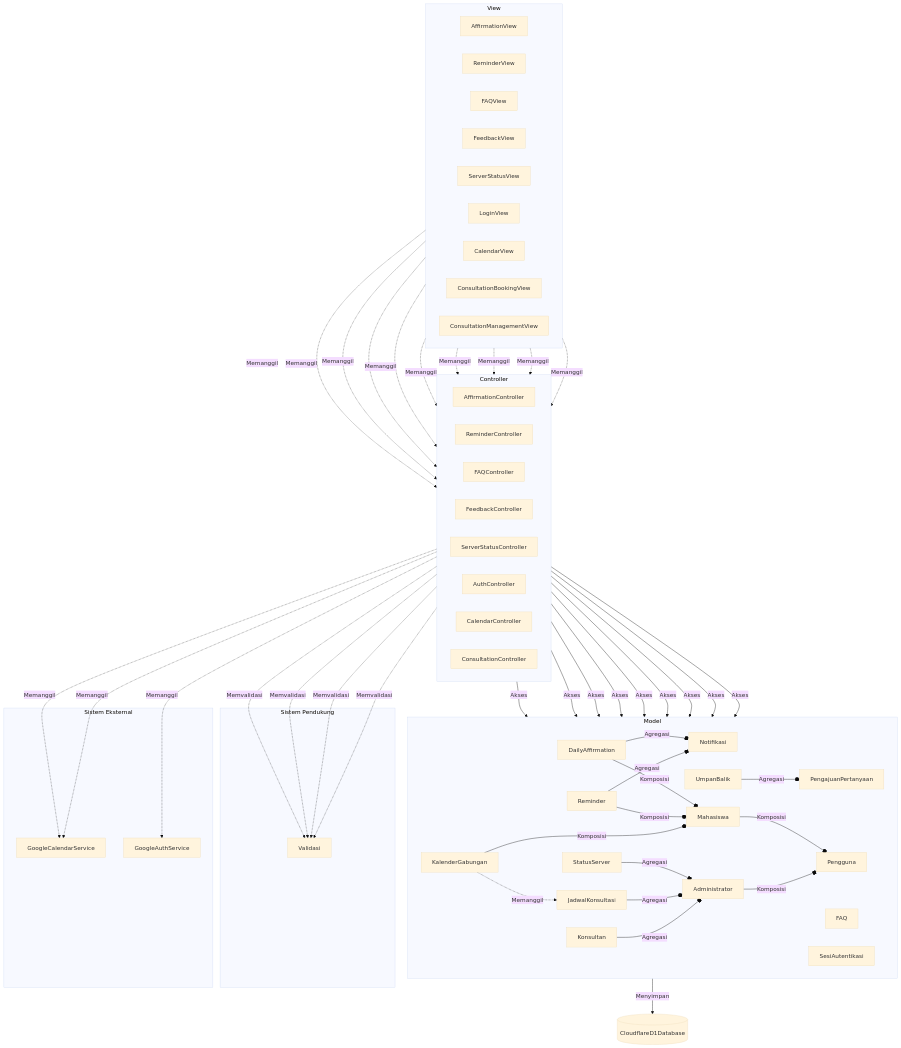
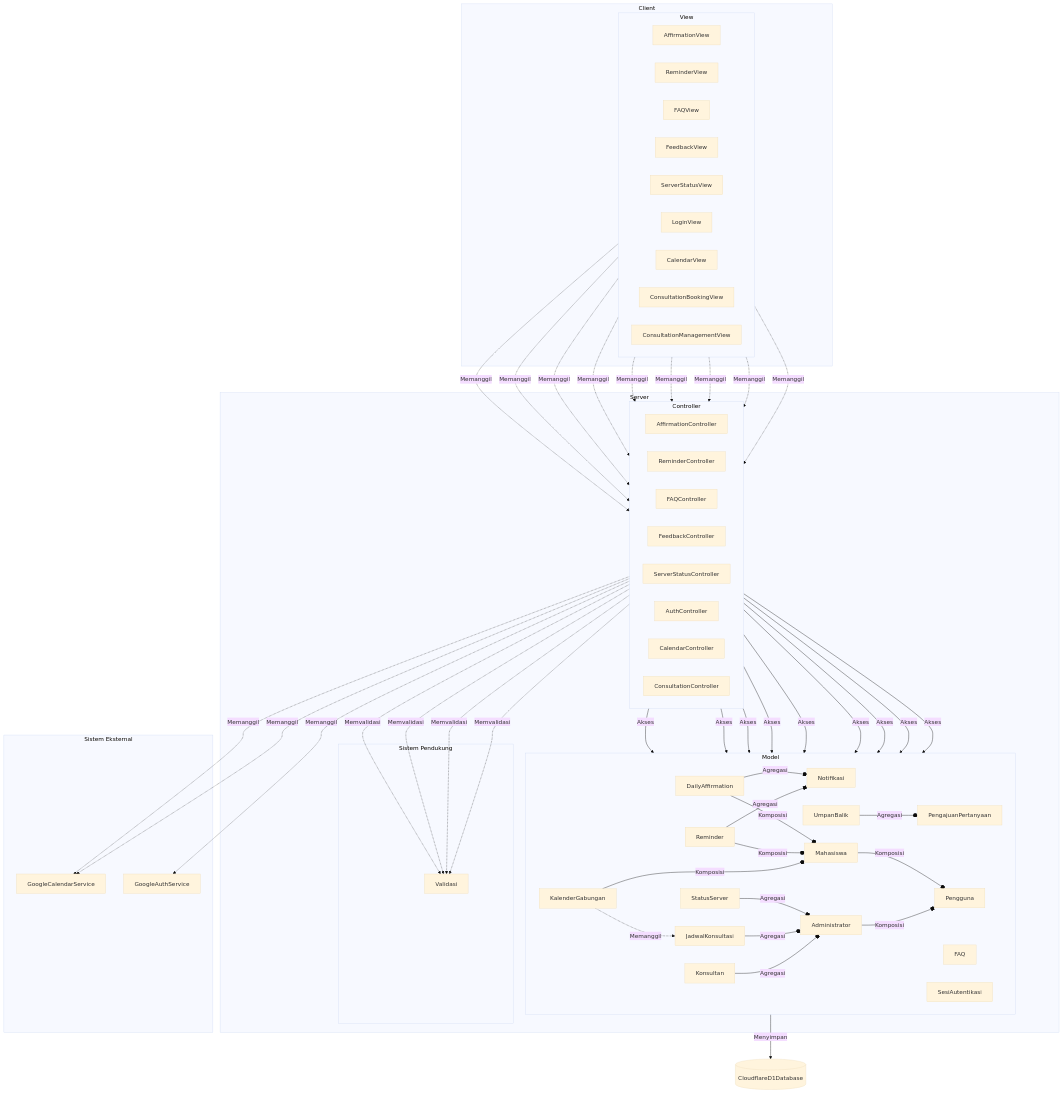
One commit to sbxte/IF2150-RPL-K01-G04 changed the second of 2 diagrams in docs/M6/K01_G04_APL.md. Above: the diagram before and after it, drawn with Mermaid (base theme). The commit also changed other lines of this file, not shown here.

Commit message:
[M6] docs: added client server mvc arch integration

````diff
--- a/docs/M6/K01_G04_APL.md
+++ b/docs/M6/K01_G04_APL.md
@@ -163,5 +177,6 @@
 ```mermaid
 flowchart TB
+    subgraph CLIENT["Client"]
     subgraph VIEW["View"]
         direction LR
         AffirmationView
@@ -174,7 +189,9 @@
         ConsultationBookingView
         ConsultationManagementView
     end
+    end
 
+    subgraph SERVER["Server"]
     subgraph CONTROLLER["Controller"]
         direction LR
         AffirmationController
@@ -207,6 +224,7 @@
 
     subgraph PENDUKUNG["Sistem Pendukung"]
         Validasi
+    end
     end
 
     subgraph EKSTERNAL["Sistem Eksternal"]
````
